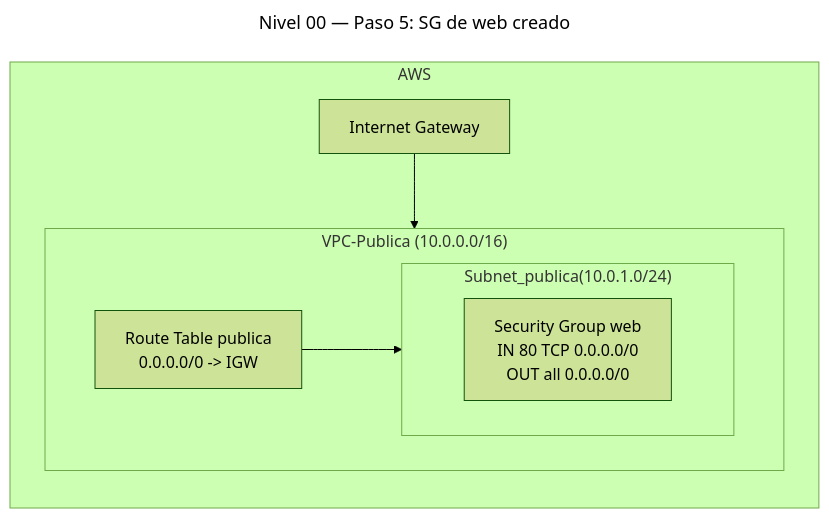
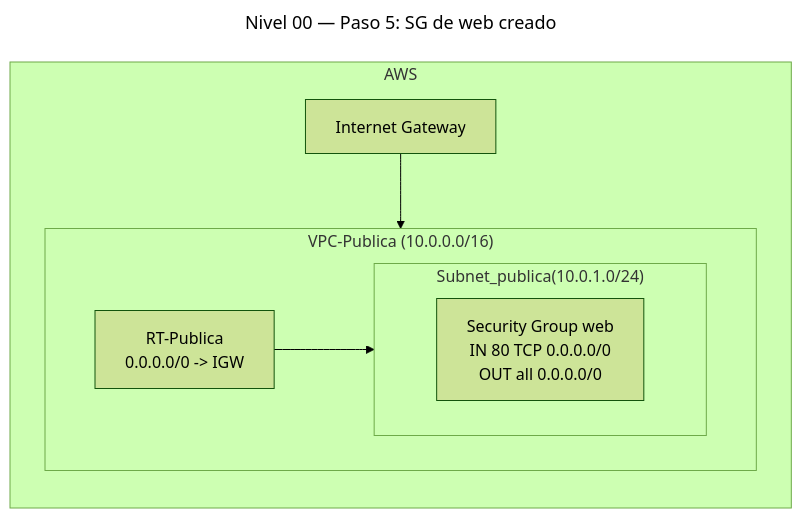
One commit to Marcos-SA-git/AWS-Certifications changed the sixth of 8 diagrams in SAA-C03/es/Prácticas/Fácil/Nivel-00.md. Above: the diagram before and after it, drawn with Mermaid (forest theme). The commit also changed other lines of this file and 1 other file, not shown here.

````diff
--- a/SAA-C03/es/Prácticas/Fácil/Nivel-00.md
+++ b/SAA-C03/es/Prácticas/Fácil/Nivel-00.md
@@ -174,17 +174,17 @@
 ```mermaid
 ---
 title: "Nivel 00 — Paso 5: SG de web creado"
 ---
 graph BT
 subgraph AWS[AWS]
   IGW[Internet Gateway]
   subgraph VPC["VPC-Publica (10.0.0.0/16)"]
-    RT[Route Table publica<br>0.0.0.0/0 -> IGW]
+    RT[RT-Publica<br>0.0.0.0/0 -> IGW]
     subgraph SUB["Subnet_publica(10.0.1.0/24)"]
       SG[Security Group web<br>IN 80 TCP 0.0.0.0/0<br>OUT all 0.0.0.0/0]
     end
   end
 end
 IGW --> VPC
 RT --> SUB
 ```
````
